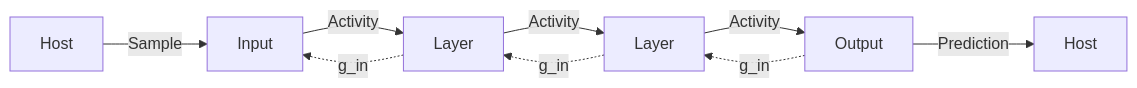
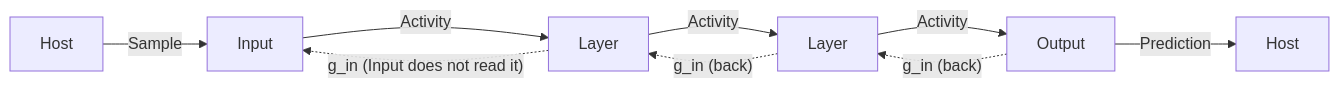
One commit to Geson-anko/mujou changed the second of 4 diagrams in docs/en/topics/pc-concepts.md. Above: the diagram before and after it, drawn with Mermaid. The commit also changed other lines of this file and 49 other files, not shown here.

````diff
--- a/docs/en/topics/pc-concepts.md
+++ b/docs/en/topics/pc-concepts.md
@@ -193,11 +82,11 @@
 ```mermaid
 flowchart LR
     H1["Host"] -->|"Sample"| I["Input"]
     I -->|"Activity"| L0["Layer"]
     L0 -->|"Activity"| L1["Layer"]
     L1 -->|"Activity"| O["Output"]
     O -->|"Prediction"| H2["Host"]
-    O -.->|"g_in"| L1
-    L1 -.->|"g_in"| L0
-    L0 -.->|"g_in"| I
+    O -.->|"g_in (back)"| L1
+    L1 -.->|"g_in (back)"| L0
+    L0 -.->|"g_in (Input does not read it)"| I
 ```
````
